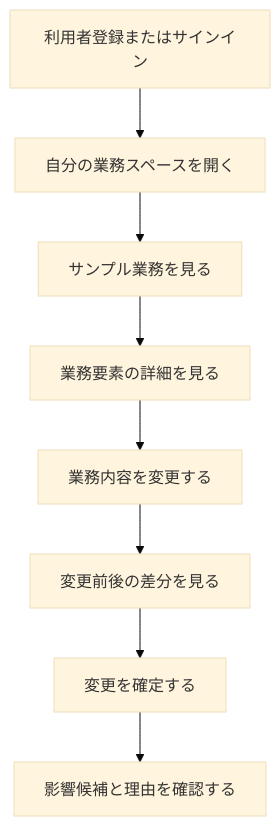
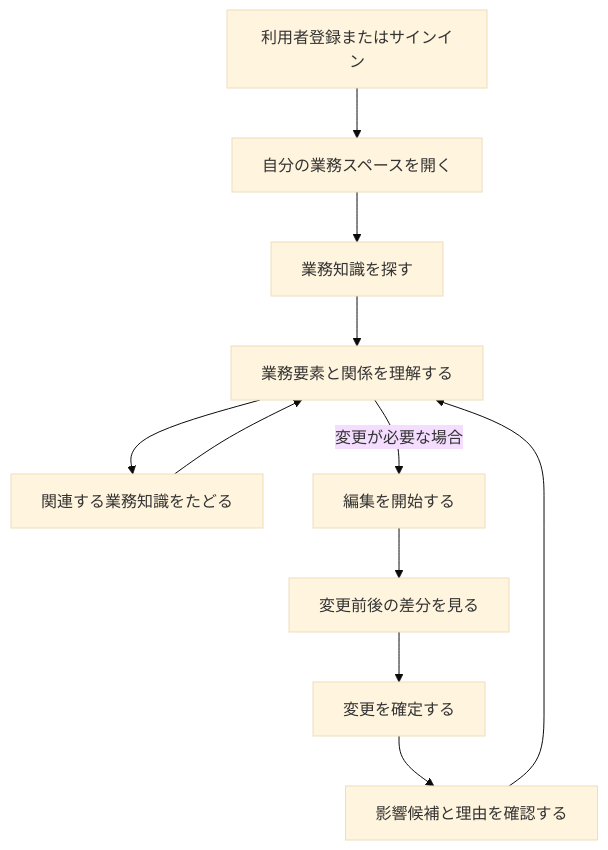
One commit to takuya9622/process-diff-mvp changed the diagram in docs/requirements/README.md. Above: the diagram before and after it, drawn with Mermaid (base theme). The commit also changed other lines of this file and 6 other files, not shown here.

````diff
--- a/docs/requirements/README.md
+++ b/docs/requirements/README.md
@@ -140,10 +167,13 @@
 ```mermaid
 flowchart TD
     A[利用者登録またはサインイン] --> B[自分の業務スペースを開く]
-    B --> C[サンプル業務を見る]
-    C --> D[業務要素の詳細を見る]
-    D --> E[業務内容を変更する]
+    B --> C[業務知識を探す]
+    C --> D[業務要素と関係を理解する]
+    D --> I[関連する業務知識をたどる]
+    I --> D
+    D -->|変更が必要な場合| E[編集を開始する]
     E --> F[変更前後の差分を見る]
     F --> G[変更を確定する]
     G --> H[影響候補と理由を確認する]
+    H --> D
 ```
````
